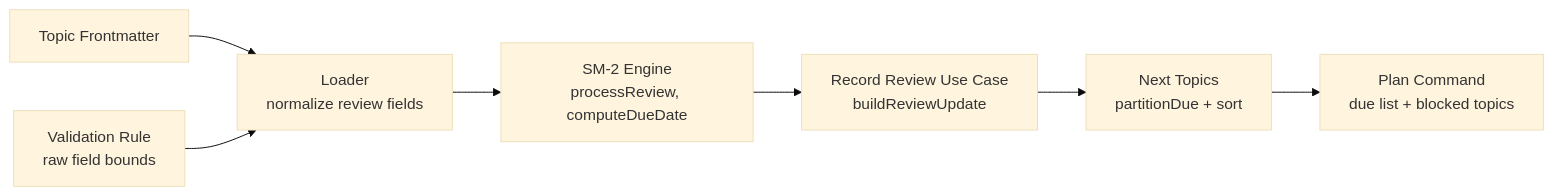
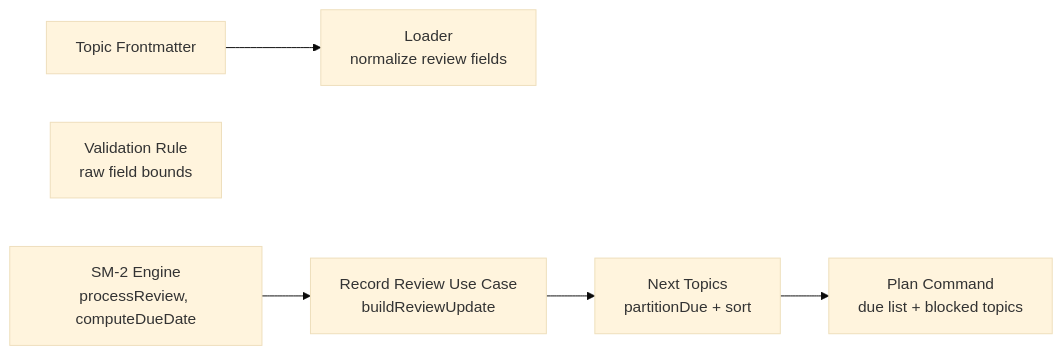
One commit to Kuldeep2822k/palee-architecture changed the fifth of 8 diagrams in Data Models and Types/Review Model (SM-2 Scheduling).md. Above: the diagram before and after it, drawn with Mermaid (base theme). The commit also changed other lines of this file and 7 other files, not shown here.

````diff
--- a/Data Models and Types/Review Model (SM-2 Scheduling).md
+++ b/Data Models and Types/Review Model (SM-2 Scheduling).md
@@ -205,17 +203,15 @@
 ```mermaid
 graph LR
   Frontmatter["Topic Frontmatter"]
   Loader["Loader<br/>normalize review fields"]
   Validator["Validation Rule<br/>raw field bounds"]
   SM2["SM-2 Engine<br/>processReview, computeDueDate"]
   ReviewUseCase["Record Review Use Case<br/>buildReviewUpdate"]
   NextTopics["Next Topics<br/>partitionDue + sort"]
   Plan["Plan Command<br/>due list + blocked topics"]
 
   Frontmatter --> Loader
-  Loader --> SM2
-  Validator --> Loader
   SM2 --> ReviewUseCase
   ReviewUseCase --> NextTopics
   NextTopics --> Plan
 ```
````
